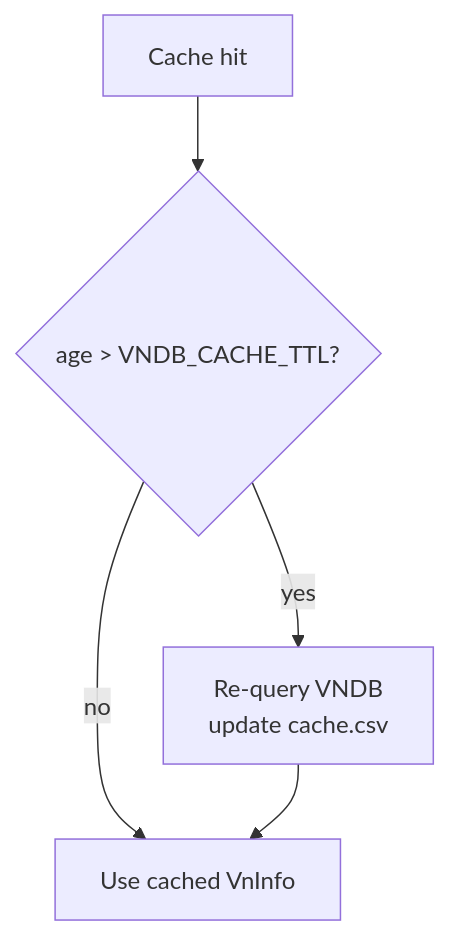
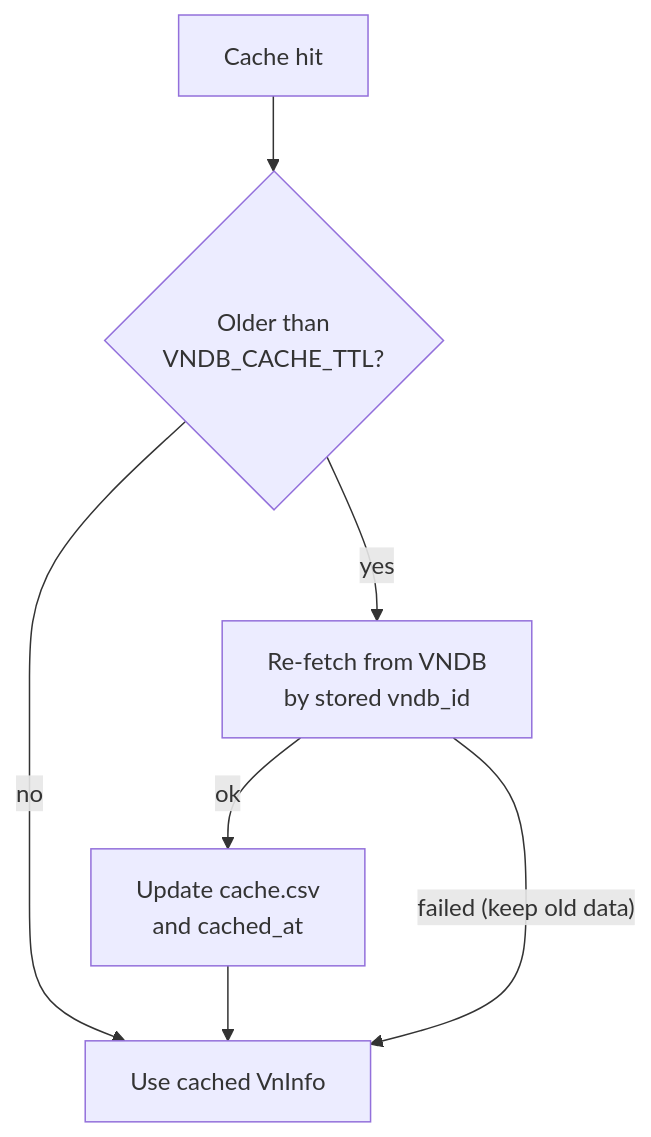
One commit to jayng9663/VN-Presence changed the fifth of 6 diagrams in README.md. Above: the diagram before and after it, drawn with Mermaid. The commit also changed other lines of this file, not shown here.

Commit message:
docs: fix flowchart line breaks and match charts to current behaviour

````diff
--- a/README.md
+++ b/README.md
@@ -114,7 +132,8 @@
 ```mermaid
 flowchart TD
-    HIT[Cache hit] --> AGE{age > VNDB_CACHE_TTL?}
+    HIT[Cache hit] --> AGE{Older than<br>VNDB_CACHE_TTL?}
     AGE -- no --> USE[Use cached VnInfo]
-    AGE -- yes --> REQUERY[Re-query VNDB\nupdate cache.csv]
-    REQUERY --> USE
+    AGE -- yes --> REQUERY[Re-fetch from VNDB<br>by stored vndb_id]
+    REQUERY -- ok --> UPD[Update cache.csv<br>and cached_at] --> USE
+    REQUERY -- "failed (keep old data)" --> USE
 ```
````
